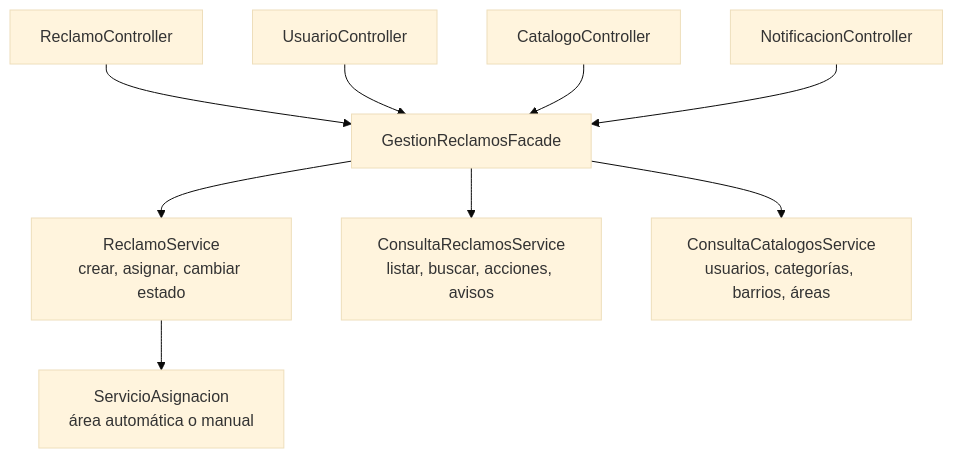
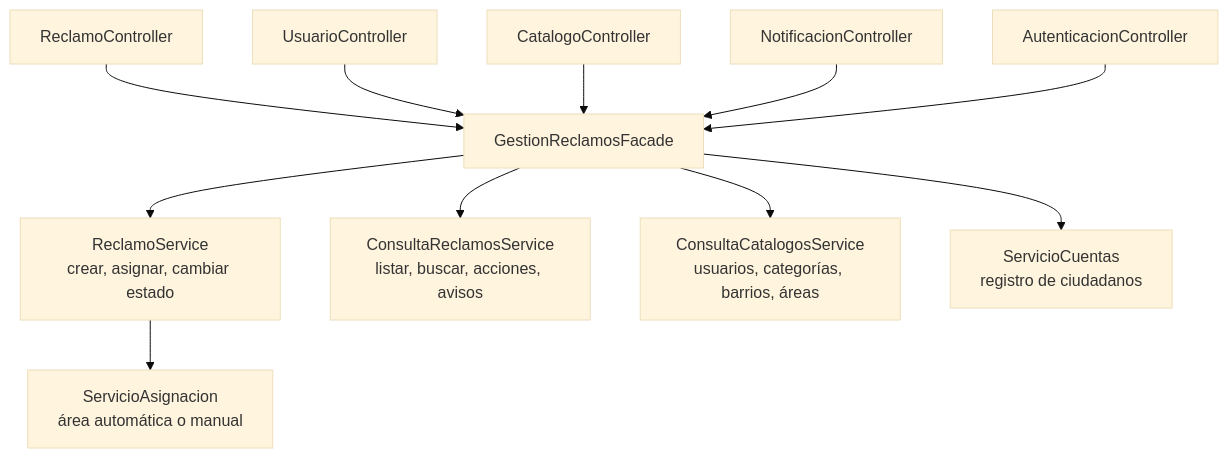
The diagram in docs/patrones.md (SanTegli/DesarrolloAppsIIGrupo10), drawn with Mermaid (base theme) before and after one commit. The commit also changed other lines of this file and 69 other files, not shown here.

First line of the commit message:
feat: agregar login con sesión, CSRF y registro de ciudadanos

````diff
--- a/docs/patrones.md
+++ b/docs/patrones.md
@@ -212,11 +212,13 @@
 ```mermaid
 flowchart TB
   C1["ReclamoController"] --> F["GestionReclamosFacade"]
   C2["UsuarioController"] --> F
   C3["CatalogoController"] --> F
   C4["NotificacionController"] --> F
+  C5["AutenticacionController"] --> F
   F --> S1["ReclamoService<br/>crear, asignar, cambiar estado"]
   S1 --> S4["ServicioAsignacion<br/>área automática o manual"]
   F --> S2["ConsultaReclamosService<br/>listar, buscar, acciones, avisos"]
   F --> S3["ConsultaCatalogosService<br/>usuarios, categorías, barrios, áreas"]
+  F --> S5["ServicioCuentas<br/>registro de ciudadanos"]
 ```
````
